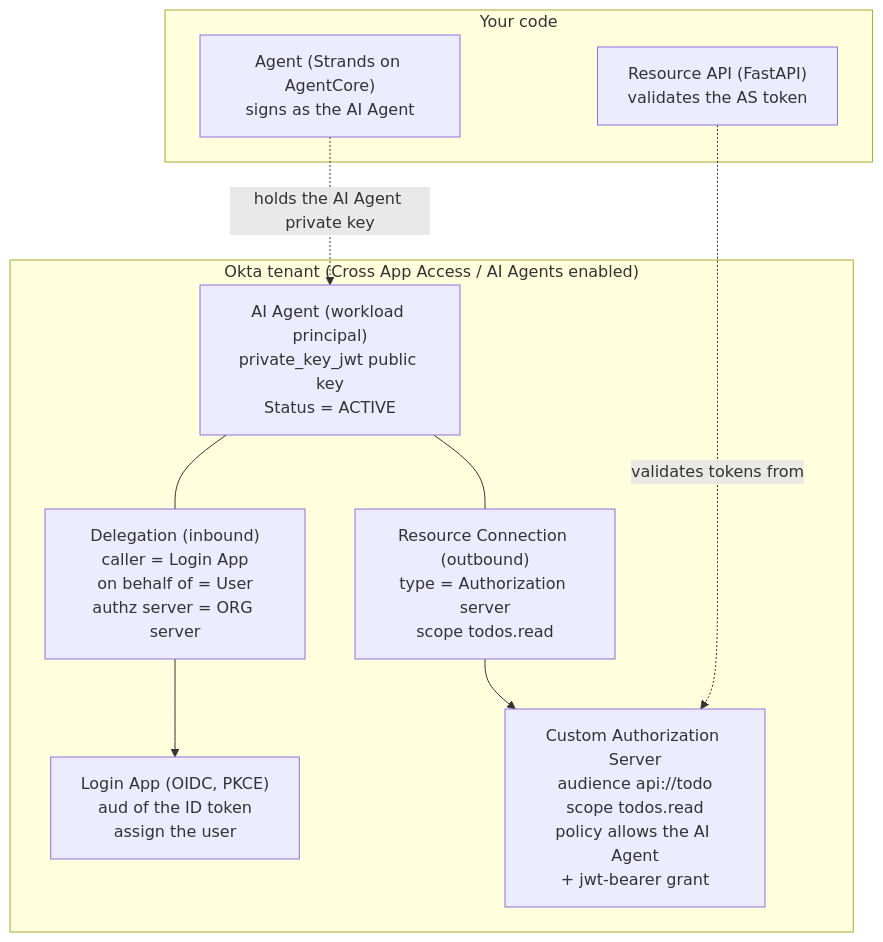
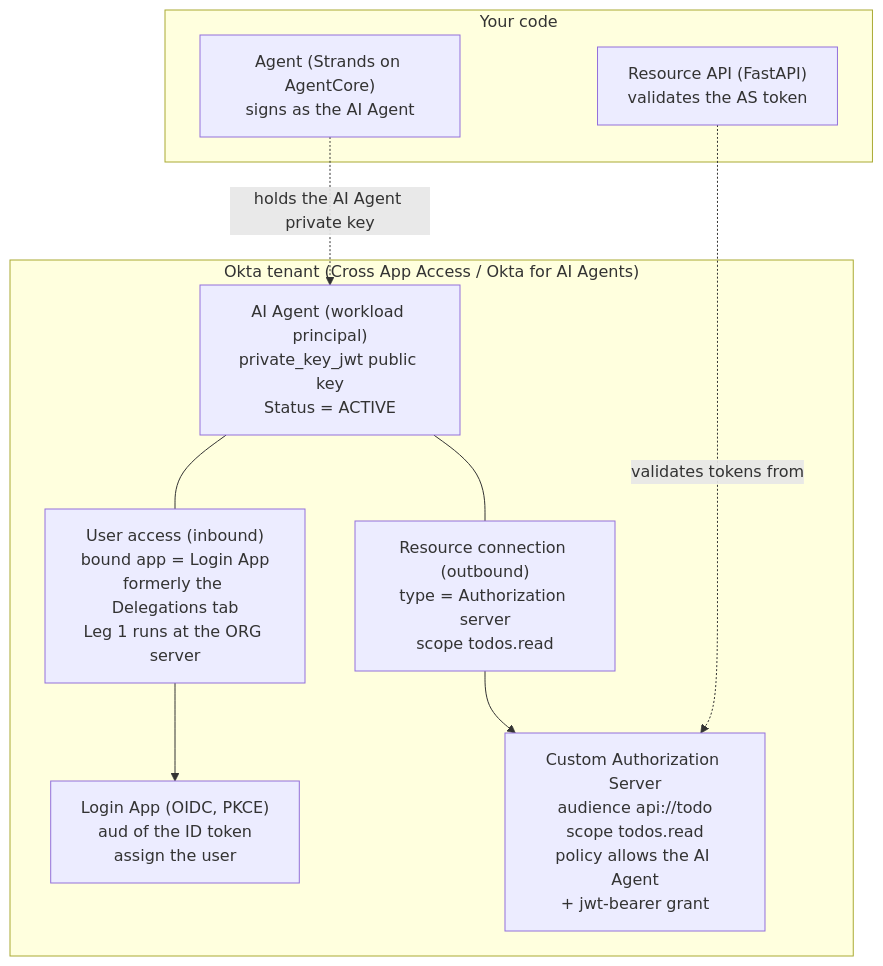
The third of 3 diagrams in 01-features/05-authenticate-and-authorize/06-okta-xaa/README.md (awslabs/agentcore-samples), drawn with Mermaid before and after one commit. The commit also changed other lines of this file and 2 other files, not shown here.

````diff
--- a/01-features/05-authenticate-and-authorize/06-okta-xaa/README.md
+++ b/01-features/05-authenticate-and-authorize/06-okta-xaa/README.md
@@ -88,22 +88,22 @@
 ```mermaid
 flowchart TB
-    subgraph Okta["Okta tenant (Cross App Access / AI Agents enabled)"]
+    subgraph Okta["Okta tenant (Cross App Access / Okta for AI Agents)"]
         LA["Login App (OIDC, PKCE)<br/>aud of the ID token<br/>assign the user"]
         AA["AI Agent (workload principal)<br/>private_key_jwt public key<br/>Status = ACTIVE"]
-        DEL["Delegation (inbound)<br/>caller = Login App<br/>on behalf of = User<br/>authz server = ORG server"]
-        RC["Resource Connection (outbound)<br/>type = Authorization server<br/>scope todos.read"]
+        DEL["User access (inbound)<br/>bound app = Login App<br/>formerly the Delegations tab<br/>Leg 1 runs at the ORG server"]
+        RC["Resource connection (outbound)<br/>type = Authorization server<br/>scope todos.read"]
         RAS["Custom Authorization Server<br/>audience api://todo<br/>scope todos.read<br/>policy allows the AI Agent<br/>+ jwt-bearer grant"]
         AA --- DEL
         AA --- RC
         RC --> RAS
         DEL --> LA
     end
 
     subgraph You["Your code"]
         RAPP["Resource API (FastAPI)<br/>validates the AS token"]
         AGENT["Agent (Strands on AgentCore)<br/>signs as the AI Agent"]
     end
 
     AGENT -. "holds the AI Agent private key" .-> AA
     RAPP -. "validates tokens from" .-> RAS
 ```
````
